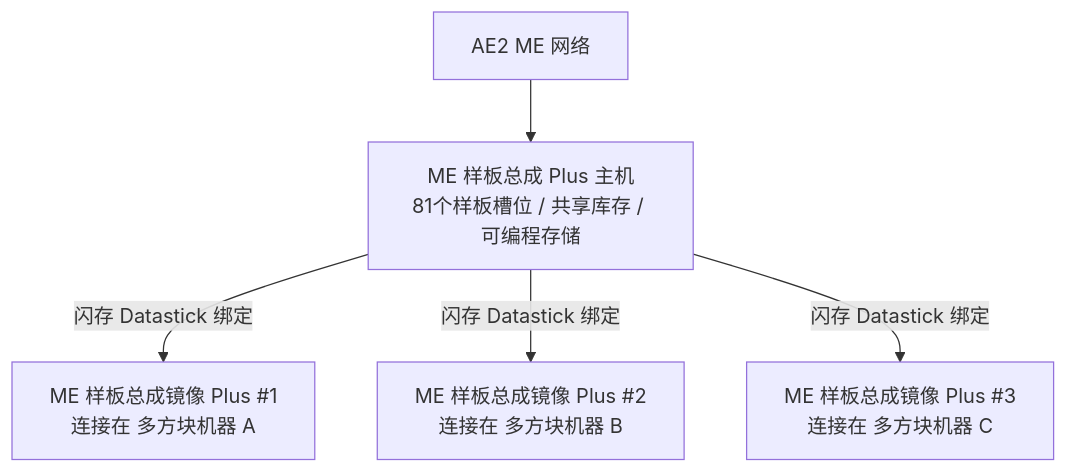
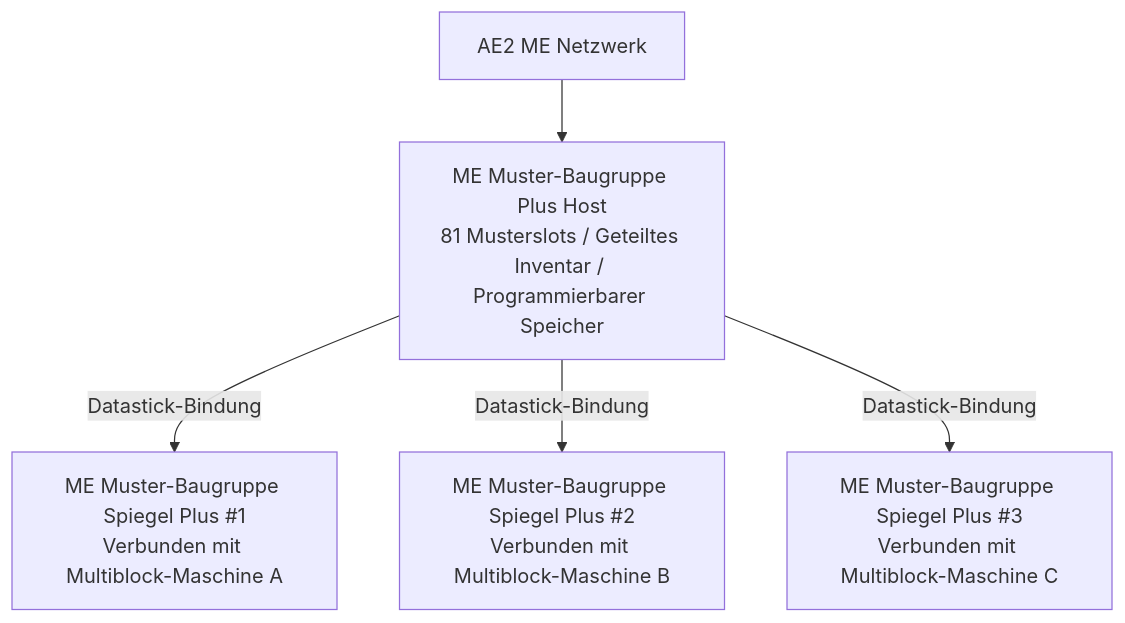
One commit to takanashisatou/GregtechEasy-Docs changed the diagram in docs/de/gtecore/ae2-integration.md. Above: the diagram before and after it, drawn with Mermaid. The commit also changed other lines of this file and 99 other files, not shown here.

````diff
--- a/docs/de/gtecore/ae2-integration.md
+++ b/docs/de/gtecore/ae2-integration.md
@@ -13,7 +13,7 @@
 ```mermaid
 graph TD
-    A[AE2 ME 网络] --> B[ME 样板总成 Plus 主机<br/>81个样板槽位 / 共享库存 / 可编程存储]
-    B -->|闪存 Datastick 绑定| C[ME 样板总成镜像 Plus #1<br/>连接在 多方块机器 A]
-    B -->|闪存 Datastick 绑定| D[ME 样板总成镜像 Plus #2<br/>连接在 多方块机器 B]
-    B -->|闪存 Datastick 绑定| E[ME 样板总成镜像 Plus #3<br/>连接在 多方块机器 C]
+    A[AE2 ME Netzwerk] --> B[ME Muster-Baugruppe Plus Host<br/>81 Musterslots / Geteiltes Inventar / Programmierbarer Speicher]
+    B -->|Datastick-Bindung| C[ME Muster-Baugruppe Spiegel Plus #1<br/>Verbunden mit Multiblock-Maschine A]
+    B -->|Datastick-Bindung| D[ME Muster-Baugruppe Spiegel Plus #2<br/>Verbunden mit Multiblock-Maschine B]
+    B -->|Datastick-Bindung| E[ME Muster-Baugruppe Spiegel Plus #3<br/>Verbunden mit Multiblock-Maschine C]
 ```
````
